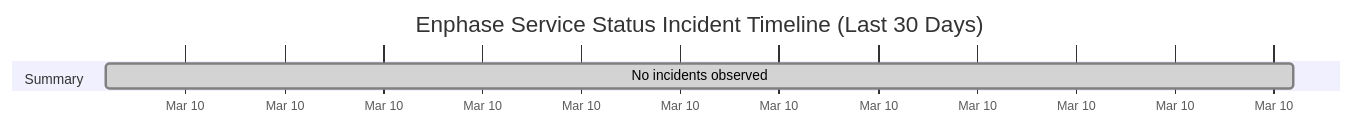
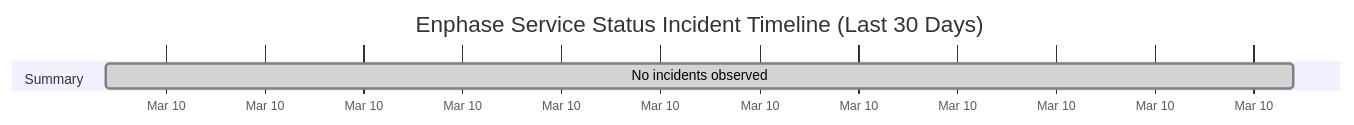
The diagram in wiki/Service-Status-History.md (barneyonline/ha-enphase-ev-charger), drawn with Mermaid before and after one commit. The commit also changed other lines of this file and 3 other files, not shown here.

````diff
--- a/wiki/Service-Status-History.md
+++ b/wiki/Service-Status-History.md
@@ -14,8 +14,8 @@
 ```mermaid
 gantt
     title Enphase Service Status Incident Timeline (Last 30 Days)
     dateFormat  YYYY-MM-DDTHH:mm:ss
     axisFormat  %b %d
     section Summary
-    No incidents observed :done, 2026-03-10T13:55:46, 1m
+    No incidents observed :done, 2026-03-10T14:42:12, 1m
 ```
````
